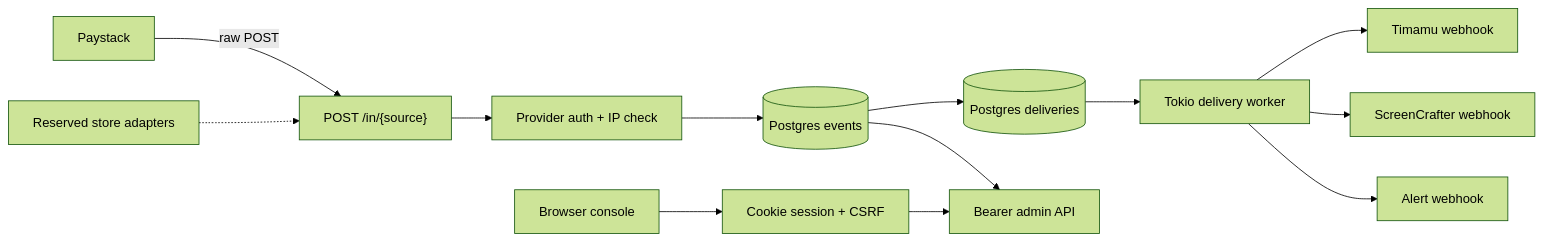
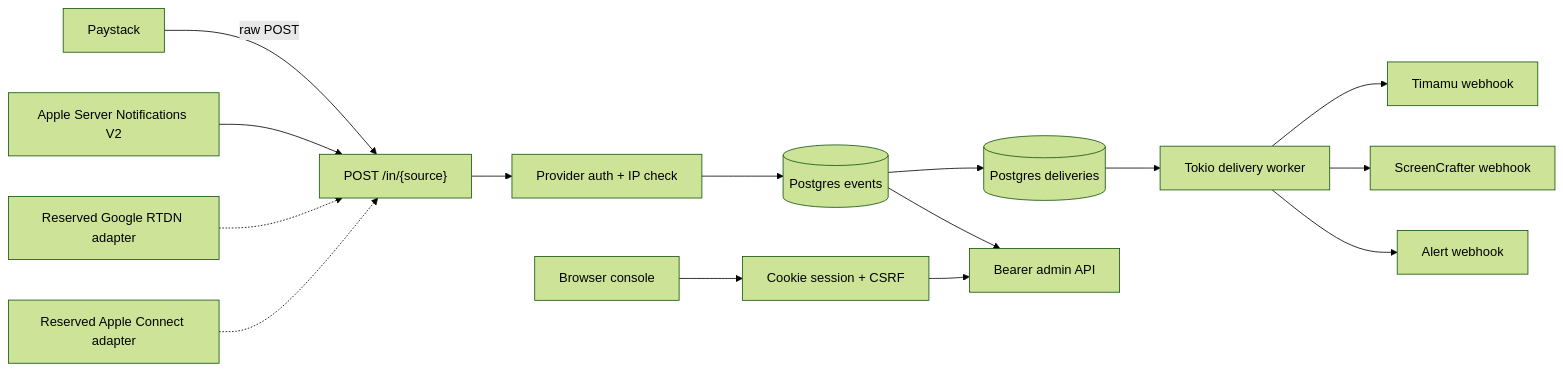
Before and after one commit to vant-labs/paystack-fanout: the diagram in README.md, drawn with Mermaid (forest theme). The commit also changed other lines of this file and 7 other files, not shown here.

First line of the commit message:
feat: add Apple server notification source (#8)

````diff
--- a/README.md
+++ b/README.md
@@ -13,15 +13,17 @@
 ```mermaid
 flowchart LR
     P[Paystack] -->|raw POST| I["POST /in/{source}"]
-    AS[Reserved store adapters] -.-> I
+    AS[Apple Server Notifications V2] --> I
+    GP[Reserved Google RTDN adapter] -.-> I
+    AC[Reserved Apple Connect adapter] -.-> I
     I --> V[Provider auth + IP check]
     V --> D[(Postgres events)]
     D --> Q[(Postgres deliveries)]
     Q --> W[Tokio delivery worker]
     W --> T[Timamu webhook]
     W --> S[ScreenCrafter webhook]
     W --> A[Alert webhook]
     D --> AD[Bearer admin API]
     B[Browser console] --> H[Cookie session + CSRF]
     H --> AD
 ```
````
